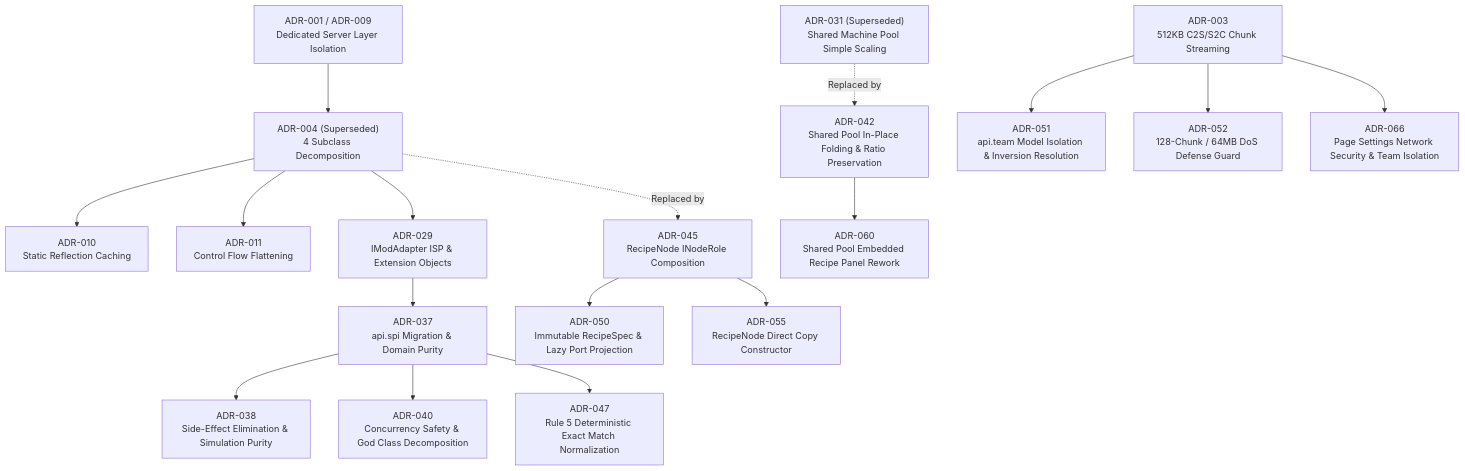
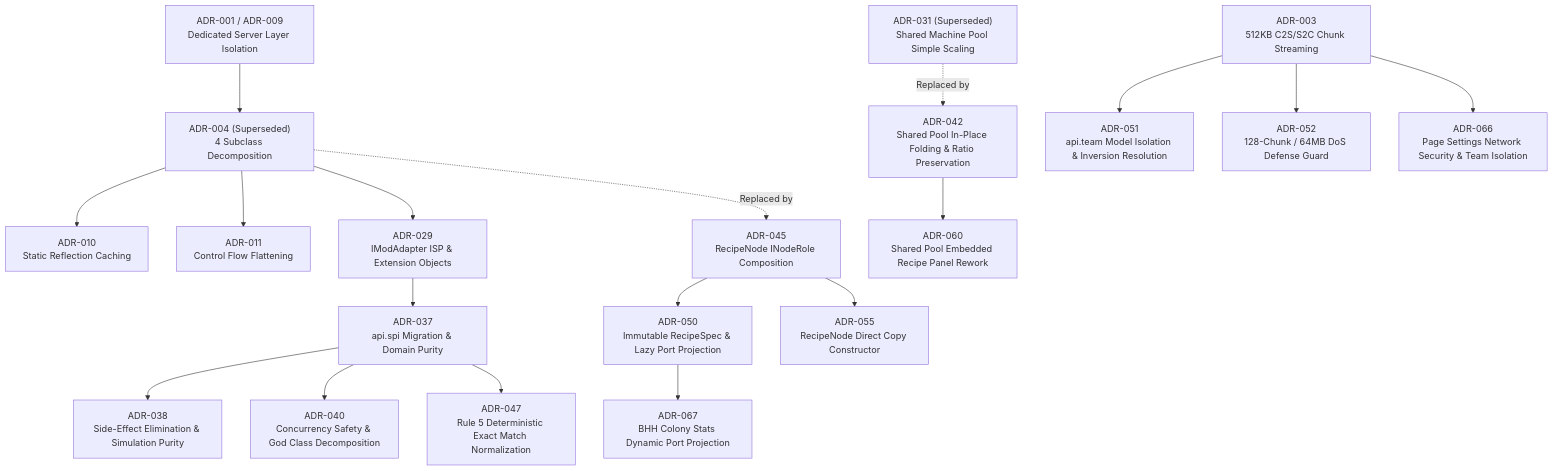
One commit to Amvermain/GregTechCalculatorBoard changed the fourth of 4 diagrams in docs/adr/README_EN.md. Above: the diagram before and after it, drawn with Mermaid. The commit also changed other lines of this file and 53 other files, not shown here.

````diff
--- a/docs/adr/README_EN.md
+++ b/docs/adr/README_EN.md
@@ -85,19 +85,20 @@
 ```mermaid
 flowchart TD
     ADR001["ADR-001 / ADR-009<br/>Dedicated Server Layer Isolation"] --> ADR004["ADR-004 (Superseded)<br/>4 Subclass Decomposition"]
     ADR004 --> ADR010["ADR-010<br/>Static Reflection Caching"]
     ADR004 --> ADR011["ADR-011<br/>Control Flow Flattening"]
     ADR004 --> ADR029["ADR-029<br/>IModAdapter ISP & Extension Objects"]
     ADR029 --> ADR037["ADR-037<br/>api.spi Migration & Domain Purity"]
     ADR037 --> ADR038["ADR-038<br/>Side-Effect Elimination & Simulation Purity"]
     ADR037 --> ADR040["ADR-040<br/>Concurrency Safety & God Class Decomposition"]
     ADR037 --> ADR047["ADR-047<br/>Rule 5 Deterministic Exact Match Normalization"]
     ADR004 -.->|Replaced by| ADR045["ADR-045<br/>RecipeNode INodeRole Composition"]
     ADR045 --> ADR050["ADR-050<br/>Immutable RecipeSpec & Lazy Port Projection"]
+    ADR050 --> ADR067["ADR-067<br/>BHH Colony Stats Dynamic Port Projection"]
     ADR045 --> ADR055["ADR-055<br/>RecipeNode Direct Copy Constructor"]
     ADR031["ADR-031 (Superseded)<br/>Shared Machine Pool Simple Scaling"] -.->|Replaced by| ADR042["ADR-042<br/>Shared Pool In-Place Folding & Ratio Preservation"]
     ADR042 --> ADR060["ADR-060<br/>Shared Pool Embedded Recipe Panel Rework"]
     ADR003["ADR-003<br/>512KB C2S/S2C Chunk Streaming"] --> ADR051["ADR-051<br/>api.team Model Isolation & Inversion Resolution"]
     ADR003 --> ADR052["ADR-052<br/>128-Chunk / 64MB DoS Defense Guard"]
     ADR003 --> ADR066["ADR-066<br/>Page Settings Network Security & Team Isolation"]
 ```
````
